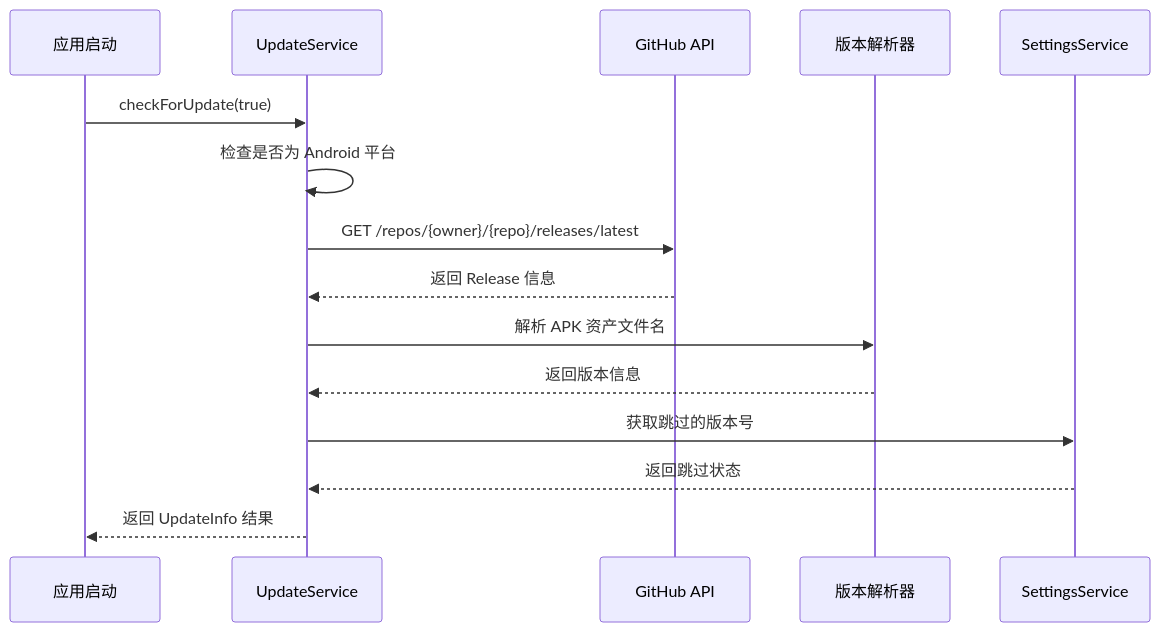
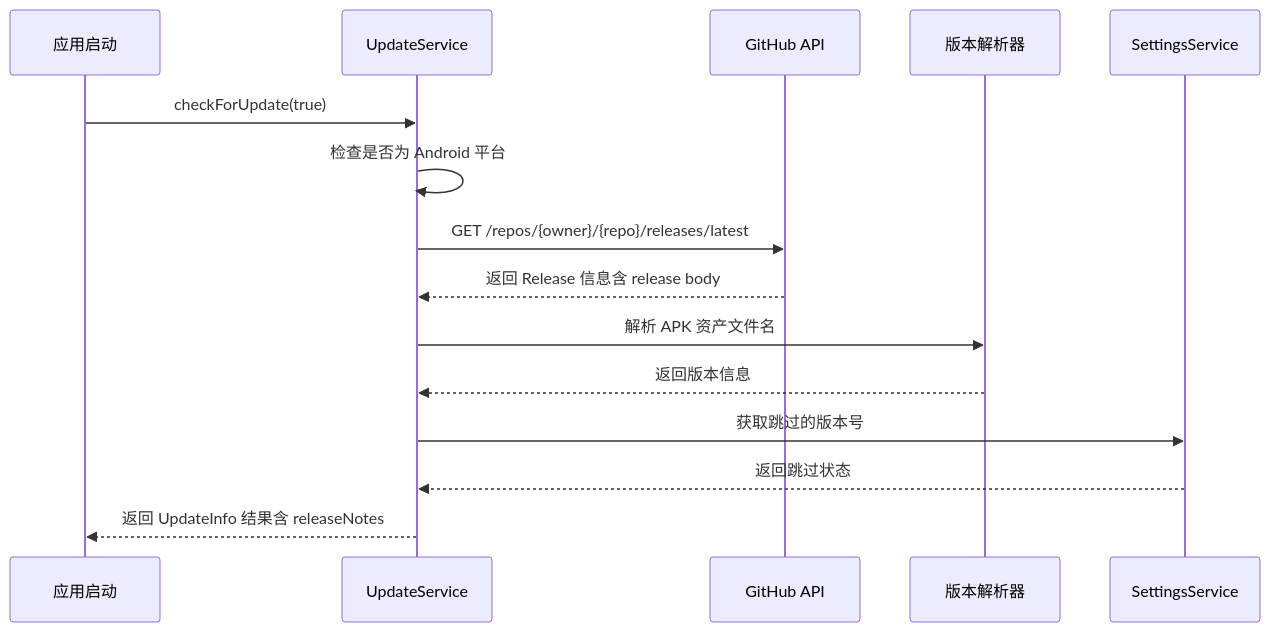
The third of 10 diagrams in .qoder/repowiki/zh/content/核心功能模块/应用程序更新系统.md (tea4go/Macro-Deck-Client-App), drawn with Mermaid before and after one commit. The commit also changed other lines of this file and 8 other files, not shown here.

````diff
--- a/.qoder/repowiki/zh/content/核心功能模块/应用程序更新系统.md
+++ b/.qoder/repowiki/zh/content/核心功能模块/应用程序更新系统.md
@@ -191,17 +226,17 @@
 ```mermaid
 sequenceDiagram
 participant App as 应用启动
 participant Update as UpdateService
 participant GitHub as GitHub API
 participant Parser as 版本解析器
 participant Settings as SettingsService
 App->>Update : checkForUpdate(true)
 Update->>Update : 检查是否为 Android 平台
 Update->>GitHub : GET /repos/{owner}/{repo}/releases/latest
-GitHub-->>Update : 返回 Release 信息
+GitHub-->>Update : 返回 Release 信息含 release body
 Update->>Parser : 解析 APK 资产文件名
 Parser-->>Update : 返回版本信息
 Update->>Settings : 获取跳过的版本号
 Settings-->>Update : 返回跳过状态
-Update-->>App : 返回 UpdateInfo 结果
+Update-->>App : 返回 UpdateInfo 结果含 releaseNotes
 ```
````
